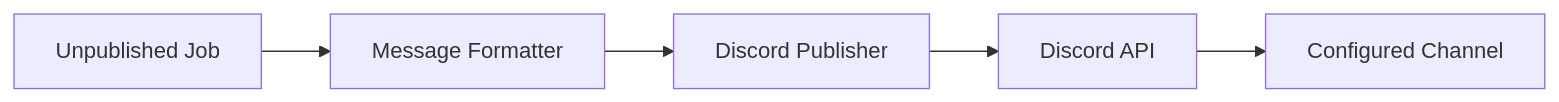
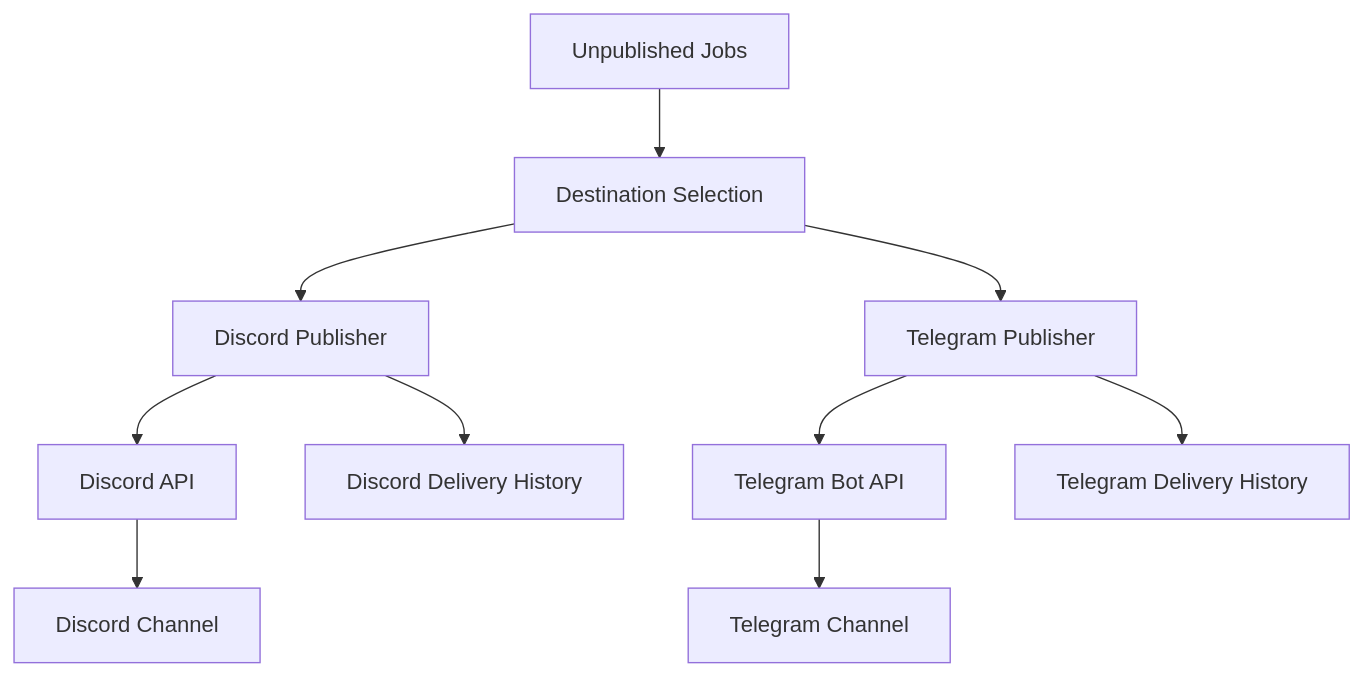
The third of 4 diagrams in docs/architecture/publishing-pipeline.mdx (ZenYukti/careers-engine), drawn with Mermaid before and after one commit. The commit also changed other lines of this file and 7 other files, not shown here.

Commit message:
docs: add telegram publishing channel docs & fix outdated references to history.json and discord-only publishing. (#24)

````diff
--- a/docs/architecture/publishing-pipeline.mdx
+++ b/docs/architecture/publishing-pipeline.mdx
@@ -107,7 +130,15 @@
 ```mermaid
-flowchart LR
-    A["Unpublished Job"] --> B["Message Formatter"]
+flowchart TD
+    A["Unpublished Jobs"] --> B["Destination Selection"]
     B --> C["Discord Publisher"]
-    C --> D["Discord API"]
-    D --> E["Configured Channel"]
+    B --> D["Telegram Publisher"]
+
+    C --> E["Discord API"]
+    D --> F["Telegram Bot API"]
+
+    E --> G["Discord Channel"]
+    F --> H["Telegram Channel"]
+
+    C --> I["Discord Delivery History"]
+    D --> J["Telegram Delivery History"]
 ```
````
